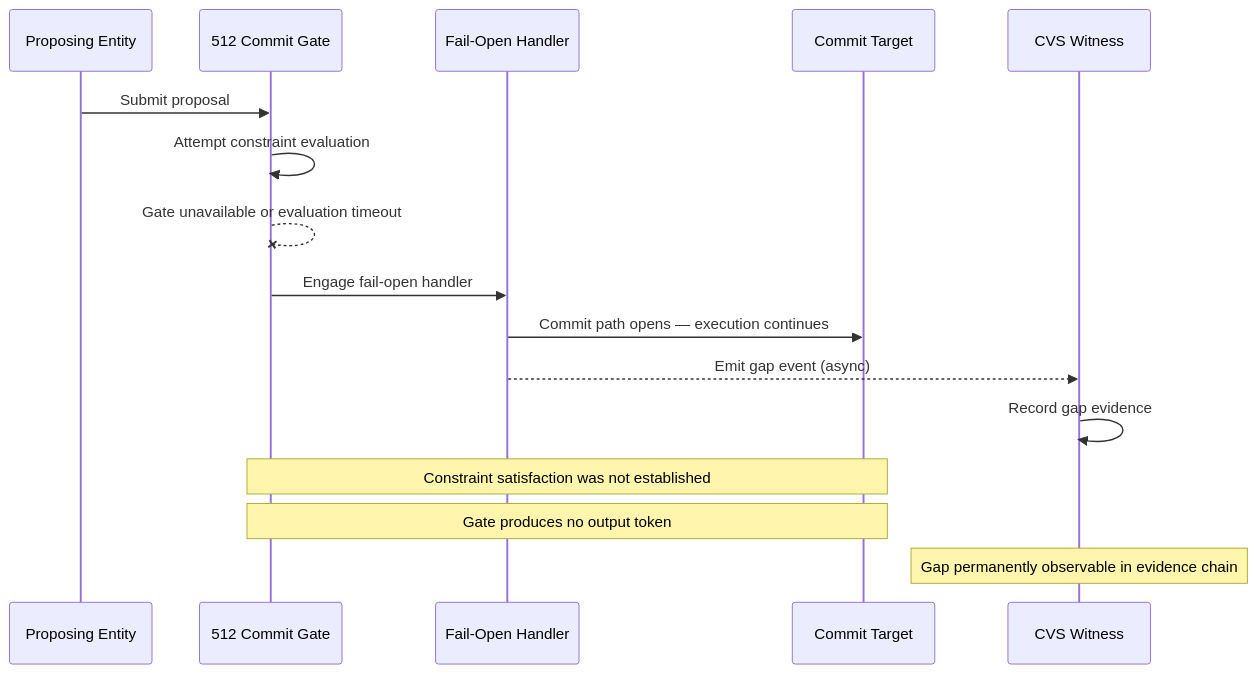
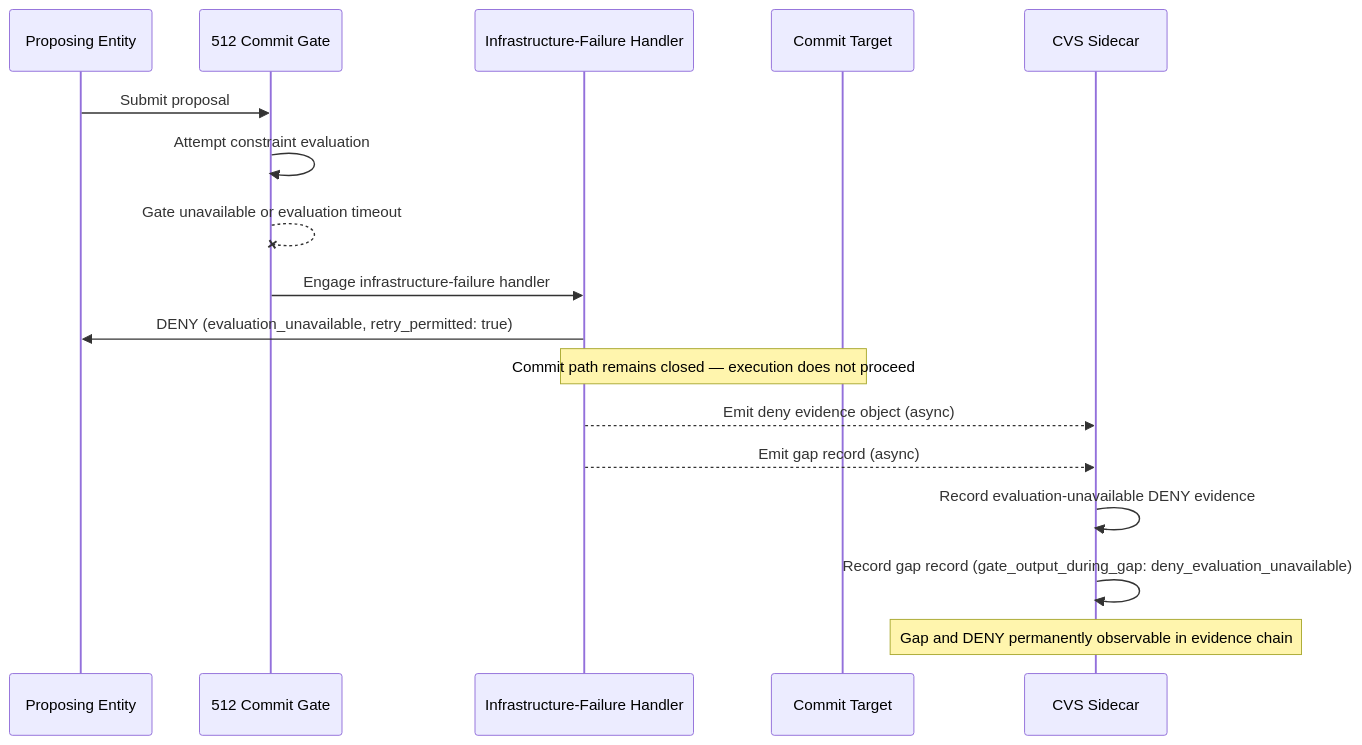
Before and after one commit to JonathanMastersWatson/512: the third of 3 diagrams in diagrams/SEQUENCE.md, drawn with Mermaid. The commit also changed other lines of this file, not shown here.

````diff
--- a/diagrams/SEQUENCE.md
+++ b/diagrams/SEQUENCE.md
@@ -67,19 +66,19 @@
 ```mermaid
 sequenceDiagram
     participant P as Proposing Entity
     participant G as 512 Commit Gate
-    participant F as Fail-Open Handler
+    participant F as Infrastructure-Failure Handler
     participant C as Commit Target
-    participant W as CVS Witness
-
+    participant W as CVS Sidecar
     P->>G: Submit proposal
     G->>G: Attempt constraint evaluation
     G--xG: Gate unavailable or evaluation timeout
-    G->>F: Engage fail-open handler
-    F->>C: Commit path opens — execution continues
-    F-->>W: Emit gap event (async)
-    W->>W: Record gap evidence
-    Note over G,C: Constraint satisfaction was not established
-    Note over G,C: Gate produces no output token
-    Note over W: Gap permanently observable in evidence chain
+    G->>F: Engage infrastructure-failure handler
+    F->>P: DENY (evaluation_unavailable, retry_permitted: true)
+    Note over F,C: Commit path remains closed — execution does not proceed
+    F-->>W: Emit deny evidence object (async)
+    F-->>W: Emit gap record (async)
+    W->>W: Record evaluation-unavailable DENY evidence
+    W->>W: Record gap record (gate_output_during_gap: deny_evaluation_unavailable)
+    Note over W: Gap and DENY permanently observable in evidence chain
 ```
````
